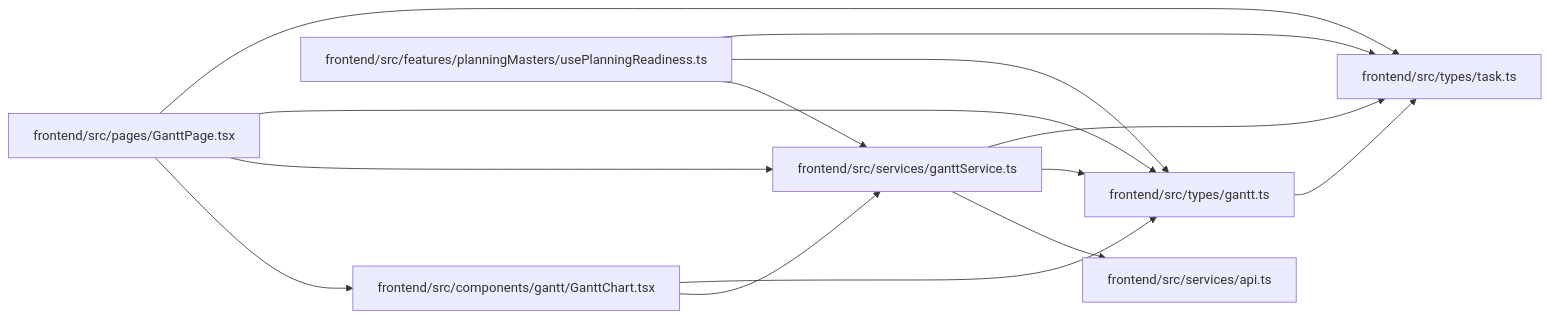
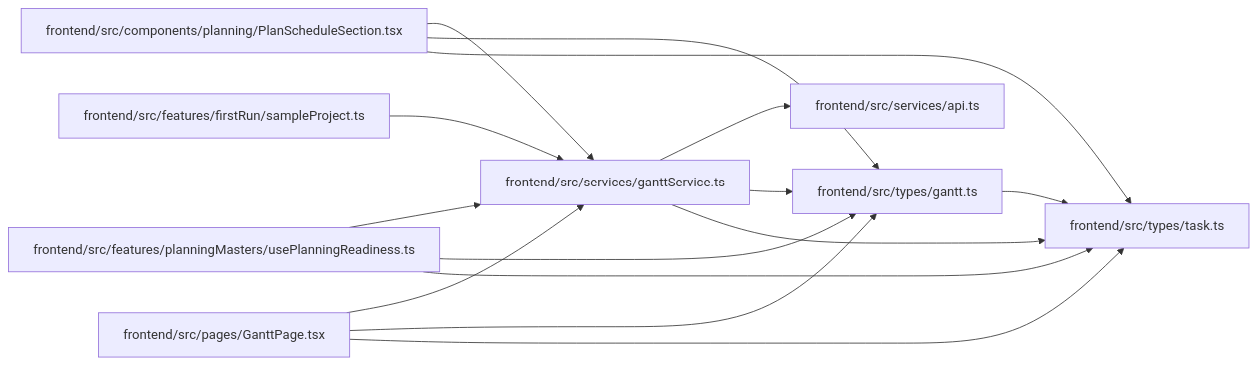
Before and after one commit to Denissvgn/WorkChord: the diagram in docs/llm_wiki/modules/ganttService.md, drawn with Mermaid. The commit also changed other lines of this file and 2373 other files, not shown here.

````diff
--- a/docs/llm_wiki/modules/ganttService.md
+++ b/docs/llm_wiki/modules/ganttService.md
@@ -29,30 +29,33 @@
 ```mermaid
 flowchart LR
-    n0["frontend/src/components/gantt/GanttChart.tsx"]
-    n1["frontend/src/features/planningMasters/usePlanningReadiness.ts"]
-    n2["frontend/src/pages/GanttPage.tsx"]
-    n3["frontend/src/services/api.ts"]
-    n4["frontend/src/services/ganttService.ts"]
-    n5["frontend/src/types/gantt.ts"]
-    n6["frontend/src/types/task.ts"]
-    n0 --> n4
+    n0["frontend/src/components/planning/PlanScheduleSection.tsx"]
+    n1["frontend/src/features/firstRun/sampleProject.ts"]
+    n2["frontend/src/features/planningMasters/usePlanningReadiness.ts"]
+    n3["frontend/src/pages/GanttPage.tsx"]
+    n4["frontend/src/services/api.ts"]
+    n5["frontend/src/services/ganttService.ts"]
+    n6["frontend/src/types/gantt.ts"]
+    n7["frontend/src/types/task.ts"]
     n0 --> n5
-    n1 --> n4
+    n0 --> n6
+    n0 --> n7
     n1 --> n5
-    n1 --> n6
-    n2 --> n0
-    n2 --> n4
     n2 --> n5
     n2 --> n6
-    n4 --> n3
-    n4 --> n5
-    n4 --> n6
+    n2 --> n7
+    n3 --> n5
+    n3 --> n6
+    n3 --> n7
+    n5 --> n4
     n5 --> n6
-    click n0 "../modules/GanttChart.md"
-    click n1 "../modules/usePlanningReadiness.md"
-    click n2 "../modules/GanttPage.md"
-    click n3 "../modules/api.md"
-    click n4 "../modules/ganttService.md"
-    click n5 "../modules/types_gantt.md"
-    click n6 "../modules/types_task.md"
+    n5 --> n7
+    n6 --> n7
+    click n0 "../modules/PlanScheduleSection.md"
+    click n1 "../modules/sampleProject.md"
+    click n2 "../modules/usePlanningReadiness.md"
+    click n3 "../modules/GanttPage.md"
+    click n4 "../modules/api.md"
+    click n5 "../modules/ganttService.md"
+    click n6 "../modules/types_gantt.md"
+    click n7 "../modules/types_task.md"
 ```
````
